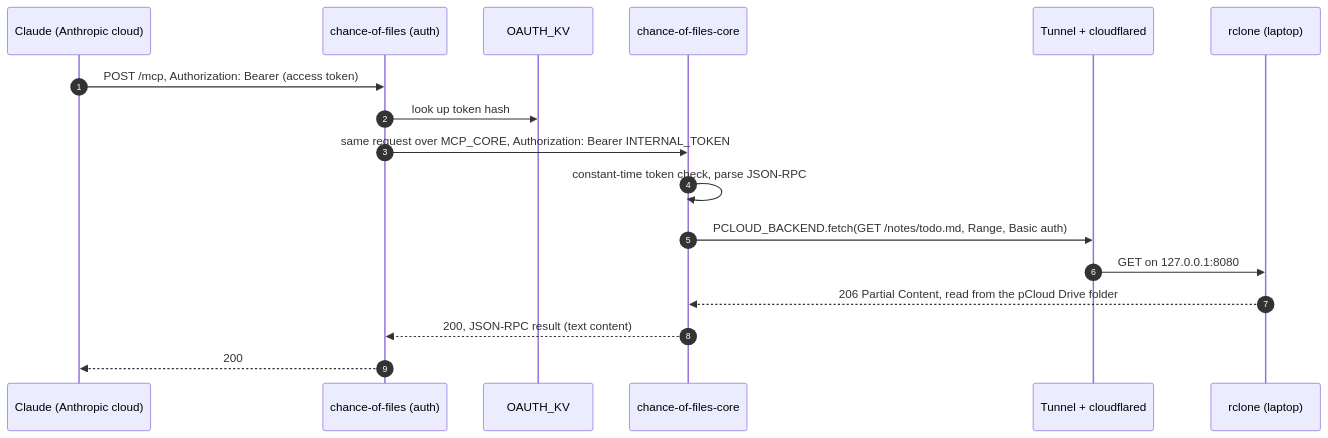
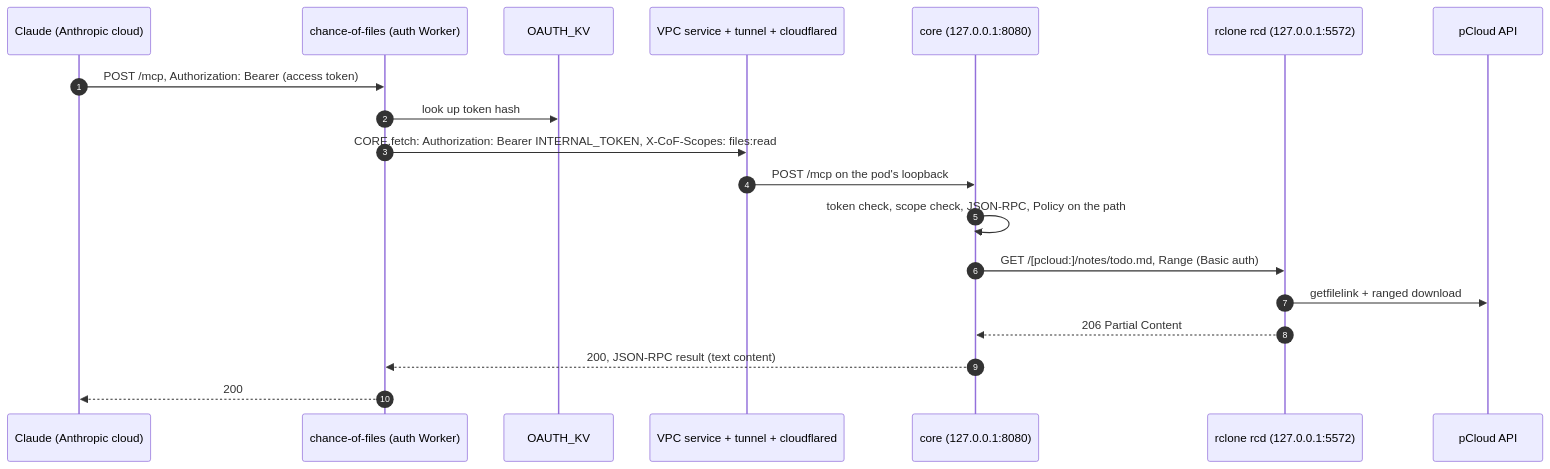
Before and after one commit to tywrr/pcloud-mcp: the diagram in docs/architecture.md, drawn with Mermaid. The commit also changed other lines of this file and 72 other files, not shown here.

First line of the commit message:
v0.2.0: native server on Kubernetes, rclone backend, scopes

````diff
--- a/docs/architecture.md
+++ b/docs/architecture.md
@@ -25,19 +28,21 @@
 ```mermaid
 sequenceDiagram
   autonumber
   participant C as Claude (Anthropic cloud)
-  participant A as chance-of-files (auth)
+  participant A as chance-of-files (auth Worker)
   participant K as OAUTH_KV
-  participant M as chance-of-files-core
-  participant T as Tunnel + cloudflared
-  participant R as rclone (laptop)
+  participant T as VPC service + tunnel + cloudflared
+  participant M as core (127.0.0.1:8080)
+  participant R as rclone rcd (127.0.0.1:5572)
+  participant P as pCloud API
   C->>A: POST /mcp, Authorization: Bearer (access token)
   A->>K: look up token hash
-  A->>M: same request over MCP_CORE, Authorization: Bearer INTERNAL_TOKEN
-  M->>M: constant-time token check, parse JSON-RPC
-  M->>T: PCLOUD_BACKEND.fetch(GET /notes/todo.md, Range, Basic auth)
-  T->>R: GET on 127.0.0.1:8080
-  R-->>M: 206 Partial Content, read from the pCloud Drive folder
+  A->>T: CORE.fetch: Authorization: Bearer INTERNAL_TOKEN, X-CoF-Scopes: files:read
+  T->>M: POST /mcp on the pod's loopback
+  M->>M: token check, scope check, JSON-RPC, Policy on the path
+  M->>R: GET /[pcloud:]/notes/todo.md, Range (Basic auth)
+  R->>P: getfilelink + ranged download
+  R-->>M: 206 Partial Content
   M-->>A: 200, JSON-RPC result (text content)
   A-->>C: 200
 ```
````
